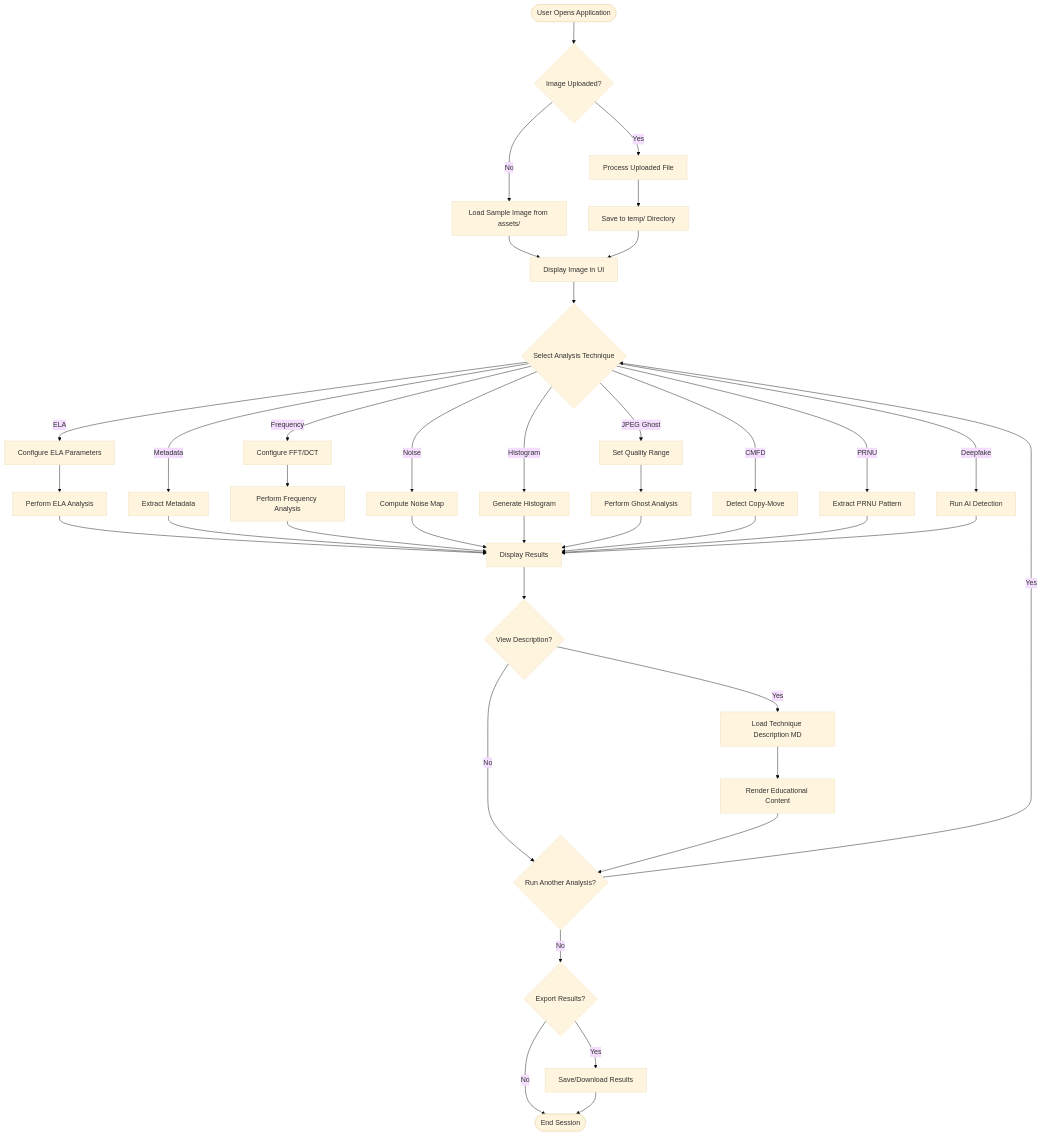
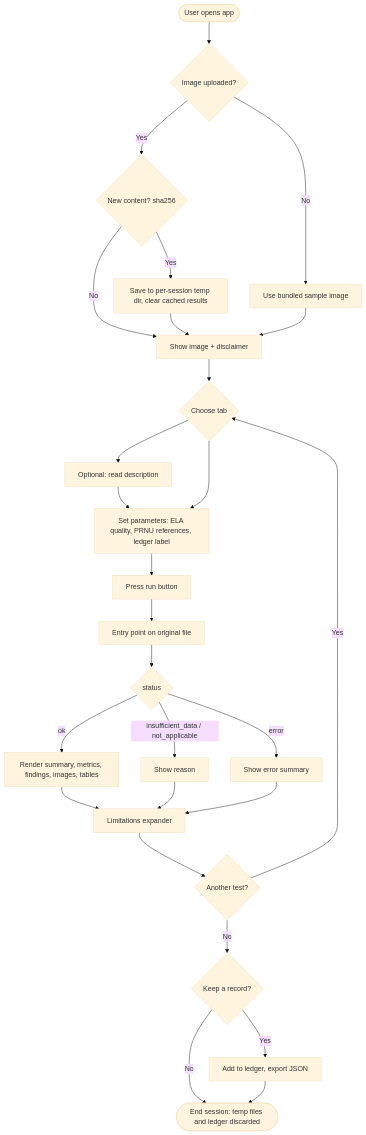
The fifth of 7 diagrams in docs/Documentation.md (CodeRafay/Forensic-Image-Analysis-Toolkit), drawn with Mermaid (base theme) before and after one commit. The commit also changed other lines of this file and 74 other files, not shown here.

````diff
--- a/docs/Documentation.md
+++ b/docs/Documentation.md
@@ -499,53 +451,30 @@
 ```mermaid
 flowchart TD
-    Start([User Opens Application]) --> CheckImage{Image Uploaded?}
+    Start([User opens app]) --> Uploaded{Image uploaded?}
+    Uploaded -->|No| Sample[Use bundled sample image]
+    Uploaded -->|Yes| NewImg{New content? sha256}
+    NewImg -->|Yes| Save[Save to per-session temp dir, clear cached results]
+    NewImg -->|No| Show
+    Save --> Show[Show image + disclaimer]
+    Sample --> Show
 
-    CheckImage -->|No| LoadSample[Load Sample Image from assets/]
-    CheckImage -->|Yes| ProcessUpload[Process Uploaded File]
-
-    LoadSample --> DisplayImage[Display Image in UI]
-    ProcessUpload --> SaveTemp[Save to temp/ Directory]
-    SaveTemp --> DisplayImage
-
-    DisplayImage --> SelectTechnique{Select Analysis Technique}
-
-    SelectTechnique -->|ELA| ConfigELA[Configure ELA Parameters]
-    SelectTechnique -->|Metadata| RunMeta[Extract Metadata]
-    SelectTechnique -->|Frequency| ConfigFFT[Configure FFT/DCT]
-    SelectTechnique -->|Noise| RunNoise[Compute Noise Map]
-    SelectTechnique -->|Histogram| RunHist[Generate Histogram]
-    SelectTechnique -->|JPEG Ghost| ConfigGhost[Set Quality Range]
-    SelectTechnique -->|CMFD| RunCMFD[Detect Copy-Move]
-    SelectTechnique -->|PRNU| RunPRNU[Extract PRNU Pattern]
-    SelectTechnique -->|Deepfake| RunDeep[Run AI Detection]
-
-    ConfigELA --> RunELA[Perform ELA Analysis]
-    ConfigFFT --> RunFFT[Perform Frequency Analysis]
-    ConfigGhost --> RunGhost[Perform Ghost Analysis]
-
-    RunELA --> DisplayResults[Display Results]
-    RunMeta --> DisplayResults
-    RunFFT --> DisplayResults
-    RunNoise --> DisplayResults
-    RunHist --> DisplayResults
-    RunGhost --> DisplayResults
-    RunCMFD --> DisplayResults
-    RunPRNU --> DisplayResults
-    RunDeep --> DisplayResults
-
-    DisplayResults --> ViewDesc{View Description?}
-
-    ViewDesc -->|Yes| LoadDesc[Load Technique Description MD]
-    ViewDesc -->|No| MoreAnalysis{Run Another Analysis?}
-
-    LoadDesc --> ShowDesc[Render Educational Content]
-    ShowDesc --> MoreAnalysis
-
-    MoreAnalysis -->|Yes| SelectTechnique
-    MoreAnalysis -->|No| Export{Export Results?}
-
-    Export -->|Yes| SaveResults[Save/Download Results]
-    Export -->|No| End([End Session])
-
-    SaveResults --> End
+    Show --> Tab{Choose tab}
+    Tab --> Desc[Optional: read description]
+    Desc --> Params[Set parameters: ELA quality, PRNU references, ledger label]
+    Tab --> Params
+    Params --> Run[Press run button]
+    Run --> Call[Entry point on original file]
+    Call --> Status{status}
+    Status -->|ok| Render[Render summary, metrics, findings, images, tables]
+    Status -->|insufficient_data / not_applicable| Warn[Show reason]
+    Status -->|error| Err[Show error summary]
+    Render --> Lim[Limitations expander]
+    Warn --> Lim
+    Err --> Lim
+    Lim --> More{Another test?}
+    More -->|Yes| Tab
+    More -->|No| Ledger{Keep a record?}
+    Ledger -->|Yes| Export[Add to ledger, export JSON]
+    Ledger -->|No| End([End session: temp files and ledger discarded])
+    Export --> End
 ```
````
